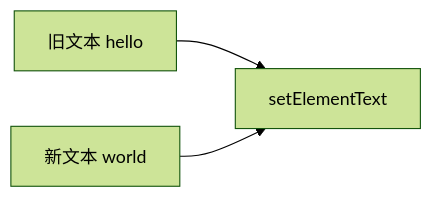
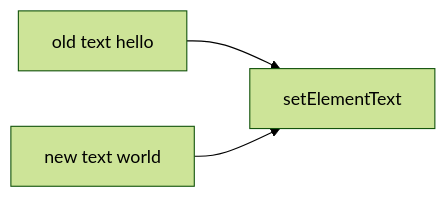
The fourth of 17 diagrams in docs/vue/source/runtime-core/diff-algorithm-interview.md (Tajigaqzh/front_basic), drawn with Mermaid (forest theme) before and after one commit. The commit also changed other lines of this file and 11 other files, not shown here.

````diff
--- a/docs/vue/source/runtime-core/diff-algorithm-interview.md
+++ b/docs/vue/source/runtime-core/diff-algorithm-interview.md
@@ -210,5 +210,5 @@
 ```mermaid
 flowchart LR
-  O[旧文本 hello] --> U[setElementText]
-  N[新文本 world] --> U
+  O["old text hello"] --> U["setElementText"]
+  N["new text world"] --> U
 ```
````
